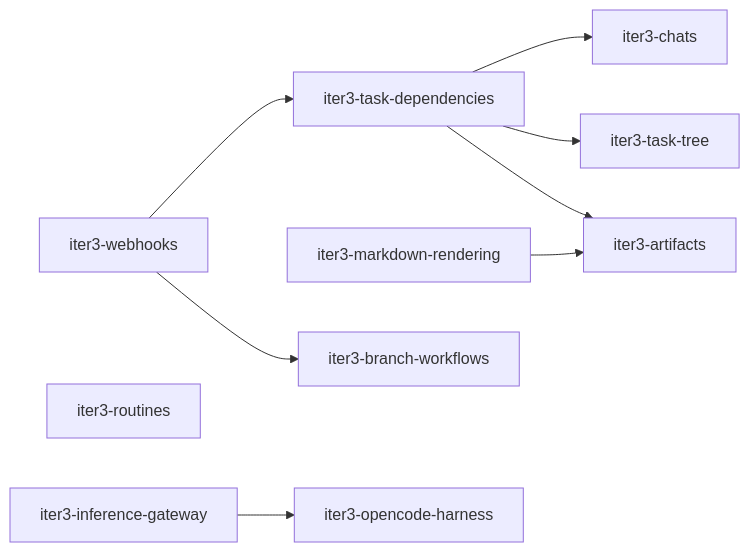
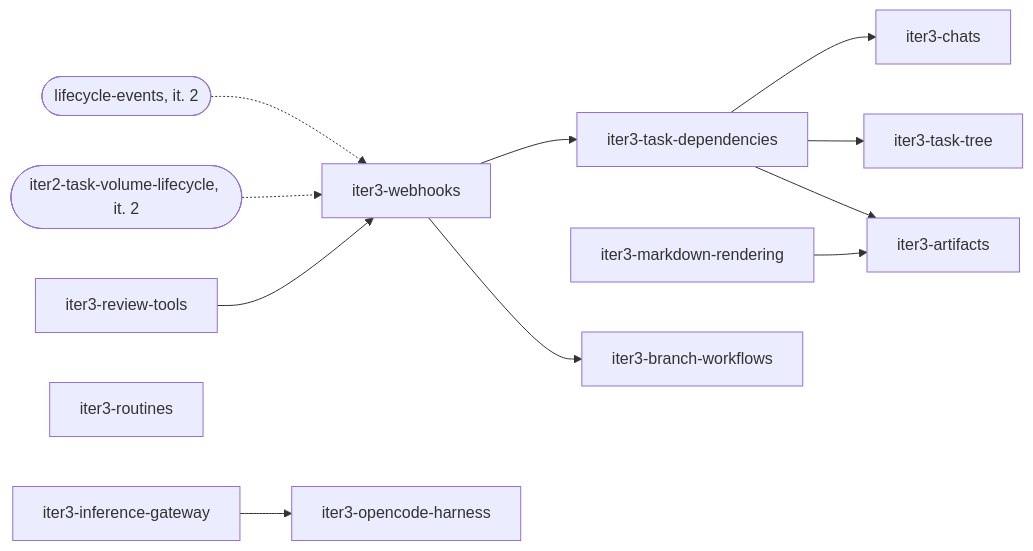
Before and after one commit to prskr/dark-factory: the diagram in product/iterations/iteration-3.md, drawn with Mermaid. The commit also changed other lines of this file and 13 other files, not shown here.

First line of the commit message:
docs(openspec): propose iter3-webhooks

````diff
--- a/product/iterations/iteration-3.md
+++ b/product/iterations/iteration-3.md
@@ -35,11 +35,14 @@
 ```mermaid
 flowchart LR
-  WH[iter3-webhooks] --> TD[iter3-task-dependencies]
+  LE([lifecycle-events, it. 2]) -.-> WH
+  TV([iter2-task-volume-lifecycle, it. 2]) -.-> WH
+  RT[iter3-review-tools] --> WH[iter3-webhooks]
+  WH --> TD[iter3-task-dependencies]
   TD --> CH[iter3-chats]
   TD --> TT[iter3-task-tree]
   TD --> AR[iter3-artifacts]
   MR[iter3-markdown-rendering] --> AR
   WH --> BW[iter3-branch-workflows]
   RO[iter3-routines]
   IG[iter3-inference-gateway] --> OC[iter3-opencode-harness]
 ```
````
